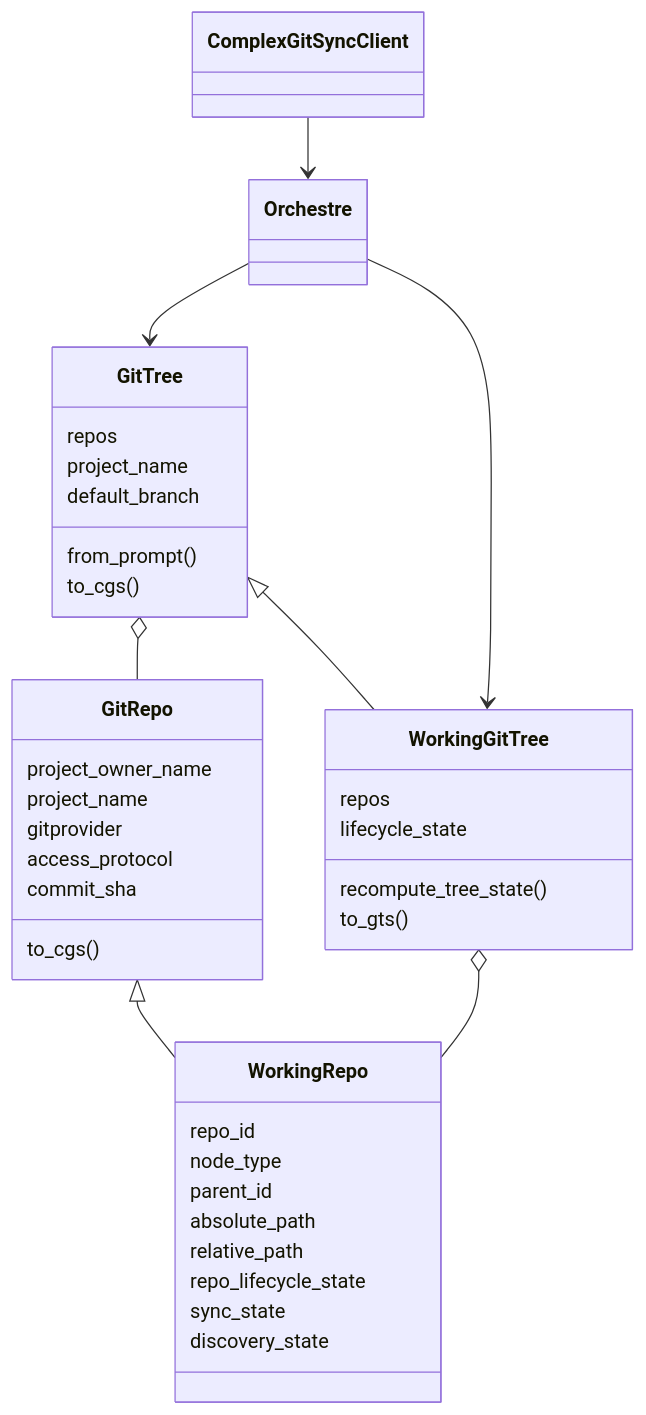
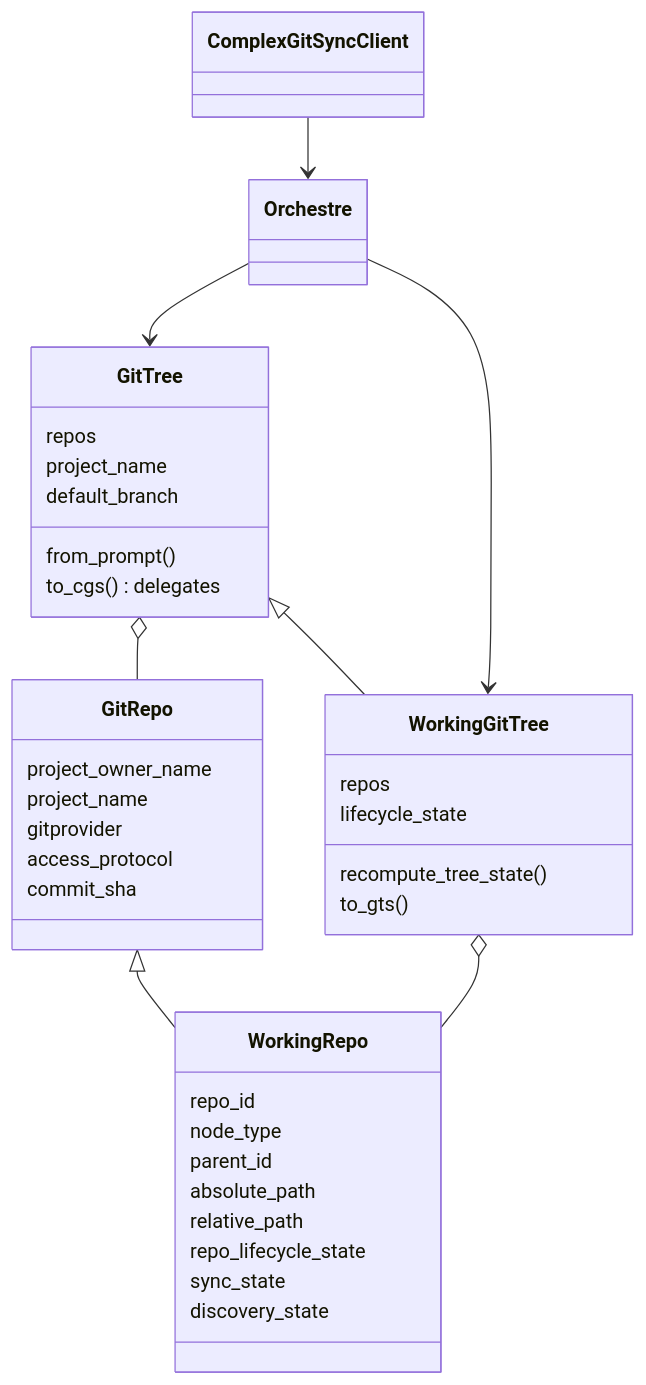
One commit to flipoyo/ComplexGitSync changed the first of 2 diagrams in docs/architecture.md. Above: the diagram before and after it, drawn with Mermaid. The commit also changed other lines of this file and 10 other files, not shown here.

````diff
--- a/docs/architecture.md
+++ b/docs/architecture.md
@@ -7,45 +7,44 @@
 ```mermaid
 classDiagram
     GitRepo <|-- WorkingRepo
     GitTree <|-- WorkingGitTree
     GitTree o-- GitRepo
     WorkingGitTree o-- WorkingRepo
     Orchestre --> GitTree
     Orchestre --> WorkingGitTree
     ComplexGitSyncClient --> Orchestre
 
     class GitRepo {
         project_owner_name
         project_name
         gitprovider
         access_protocol
         commit_sha
-        to_cgs()
     }
 
     class WorkingRepo {
         repo_id
         node_type
         parent_id
         absolute_path
         relative_path
         repo_lifecycle_state
         sync_state
         discovery_state
     }
 
     class GitTree {
         repos
         project_name
         default_branch
         from_prompt()
-        to_cgs()
+        to_cgs() delegates
     }
 
     class WorkingGitTree {
         repos
         lifecycle_state
         recompute_tree_state()
         to_gts()
     }
 ```
````
